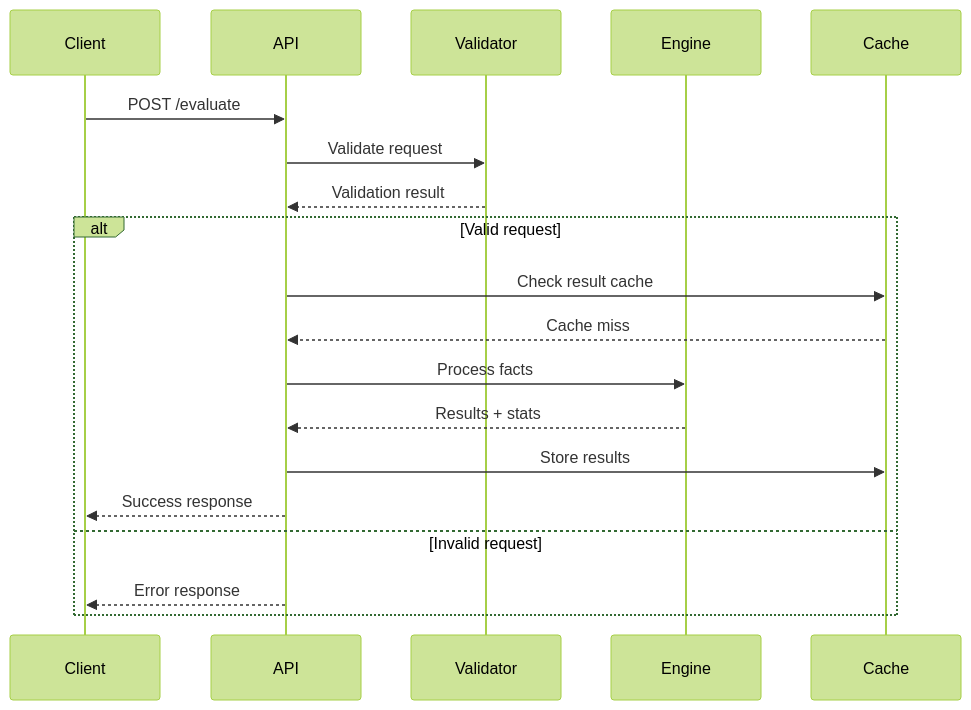
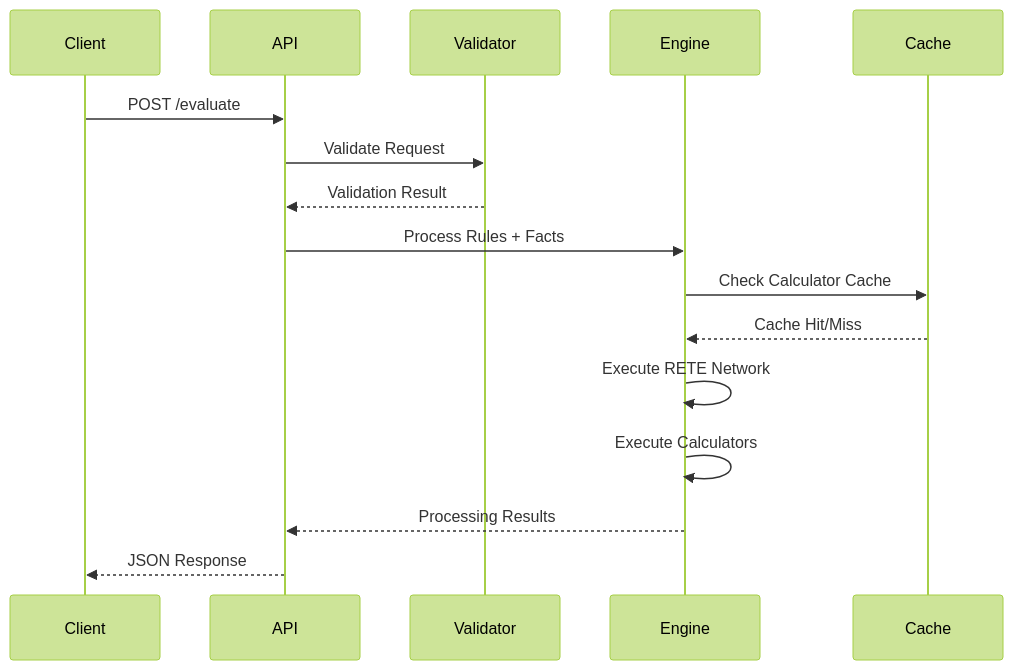
Before and after one commit to hl/bingo: the second of 2 diagrams in specs/web-api.md, drawn with Mermaid (forest theme). The commit also changed other lines of this file and 67 other files, not shown here.

````diff
--- a/specs/web-api.md
+++ b/specs/web-api.md
@@ -76,23 +68,22 @@
 ```mermaid
 sequenceDiagram
     participant Client
     participant API
     participant Validator
     participant Engine
     participant Cache
     
     Client->>API: POST /evaluate
-    API->>Validator: Validate request
-    Validator-->>API: Validation result
+    API->>Validator: Validate Request
+    Validator-->>API: Validation Result
     
-    alt Valid request
-        API->>Cache: Check result cache
-        Cache-->>API: Cache miss
-        API->>Engine: Process facts
-        Engine-->>API: Results + stats
-        API->>Cache: Store results
-        API-->>Client: Success response
-    else Invalid request
-        API-->>Client: Error response
-    end
+    API->>Engine: Process Rules + Facts
+    Engine->>Cache: Check Calculator Cache
+    Cache-->>Engine: Cache Hit/Miss
+    
+    Engine->>Engine: Execute RETE Network
+    Engine->>Engine: Execute Calculators
+    Engine-->>API: Processing Results
+    
+    API-->>Client: JSON Response
 ```
````
